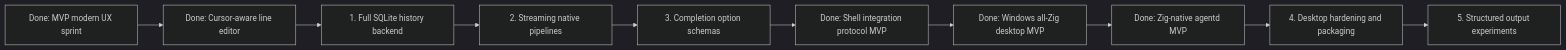
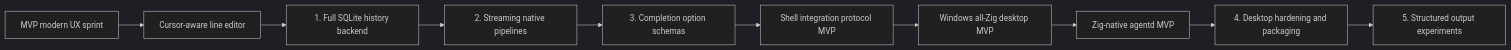
Before and after one commit to PascalAI2024/ZiggyZag: the diagram in docs/vision/roadmap.md, drawn with Mermaid (dark theme). The commit also changed 6 other files, not shown here.

````diff
--- a/docs/vision/roadmap.md
+++ b/docs/vision/roadmap.md
@@ -31,12 +31,12 @@
 ```mermaid
 flowchart LR
-    a["Done: MVP modern UX sprint"] --> b["Done: Cursor-aware line editor"]
+    a["MVP modern UX sprint"] --> b["Cursor-aware line editor"]
     b --> c["1. Full SQLite history backend"]
     c --> d["2. Streaming native pipelines"]
     d --> e["3. Completion option schemas"]
-    e --> f["Done: Shell integration protocol MVP"]
-    f --> g["Done: Windows all-Zig desktop MVP"]
-    g --> h["Done: Zig-native agentd MVP"]
+    e --> f["Shell integration protocol MVP"]
+    f --> g["Windows all-Zig desktop MVP"]
+    g --> h["Zig-native agentd MVP"]
     h --> i["4. Desktop hardening and packaging"]
     i --> j["5. Structured output experiments"]
 ```
````
